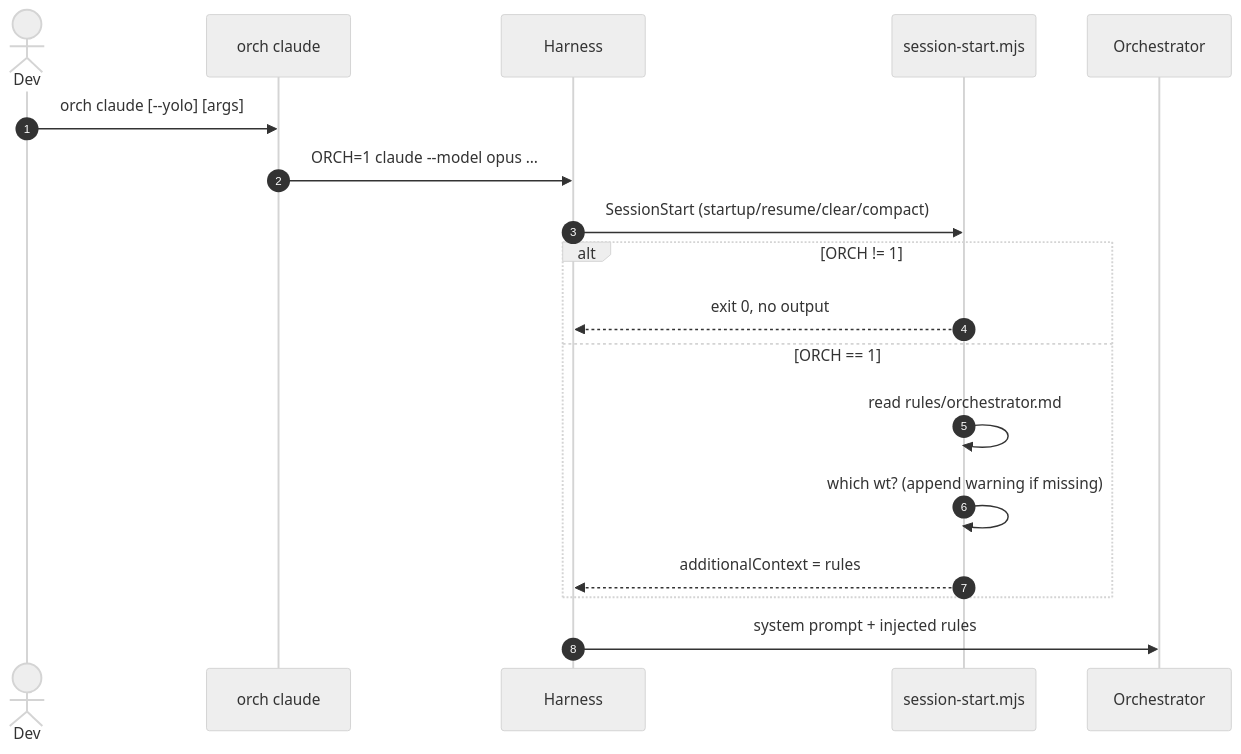
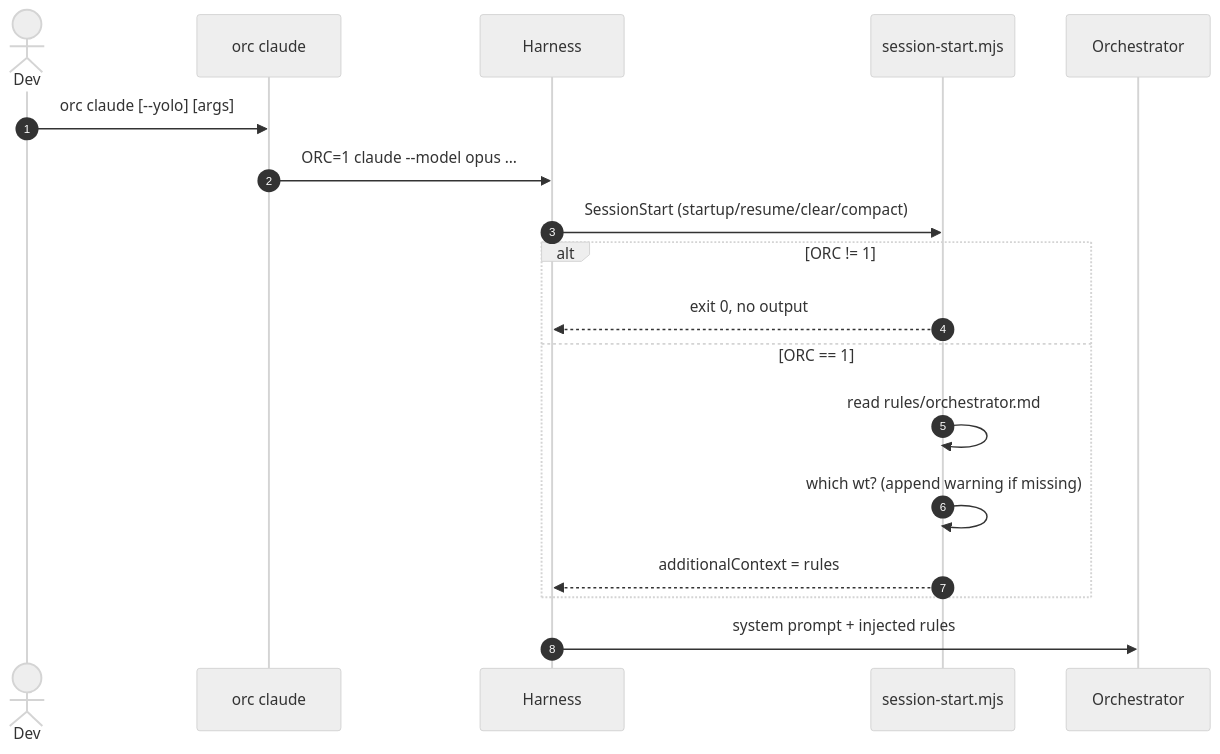
The third of 9 diagrams in docs/ARCHITECTURE.md (crafts69guy/orchestra), drawn with Mermaid (neutral theme) before and after one commit. The commit also changed other lines of this file and 65 other files, not shown here.

First line of the commit message:
feat!: rename orch to orc (v0.12.0)

````diff
--- a/docs/ARCHITECTURE.md
+++ b/docs/ARCHITECTURE.md
@@ -126,21 +126,21 @@
 ```mermaid
 sequenceDiagram
   autonumber
   actor Dev
-  participant CLI as orch claude
+  participant CLI as orc claude
   participant H as Harness
   participant Hook as session-start.mjs
   participant Main as Orchestrator
 
-  Dev->>CLI: orch claude [--yolo] [args]
-  CLI->>H: ORCH=1 claude --model opus …
+  Dev->>CLI: orc claude [--yolo] [args]
+  CLI->>H: ORC=1 claude --model opus …
   H->>Hook: SessionStart (startup/resume/clear/compact)
-  alt ORCH != 1
+  alt ORC != 1
     Hook-->>H: exit 0, no output
-  else ORCH == 1
+  else ORC == 1
     Hook->>Hook: read rules/orchestrator.md
     Hook->>Hook: which wt? (append warning if missing)
     Hook-->>H: additionalContext = rules
   end
   H->>Main: system prompt + injected rules
 ```
````
